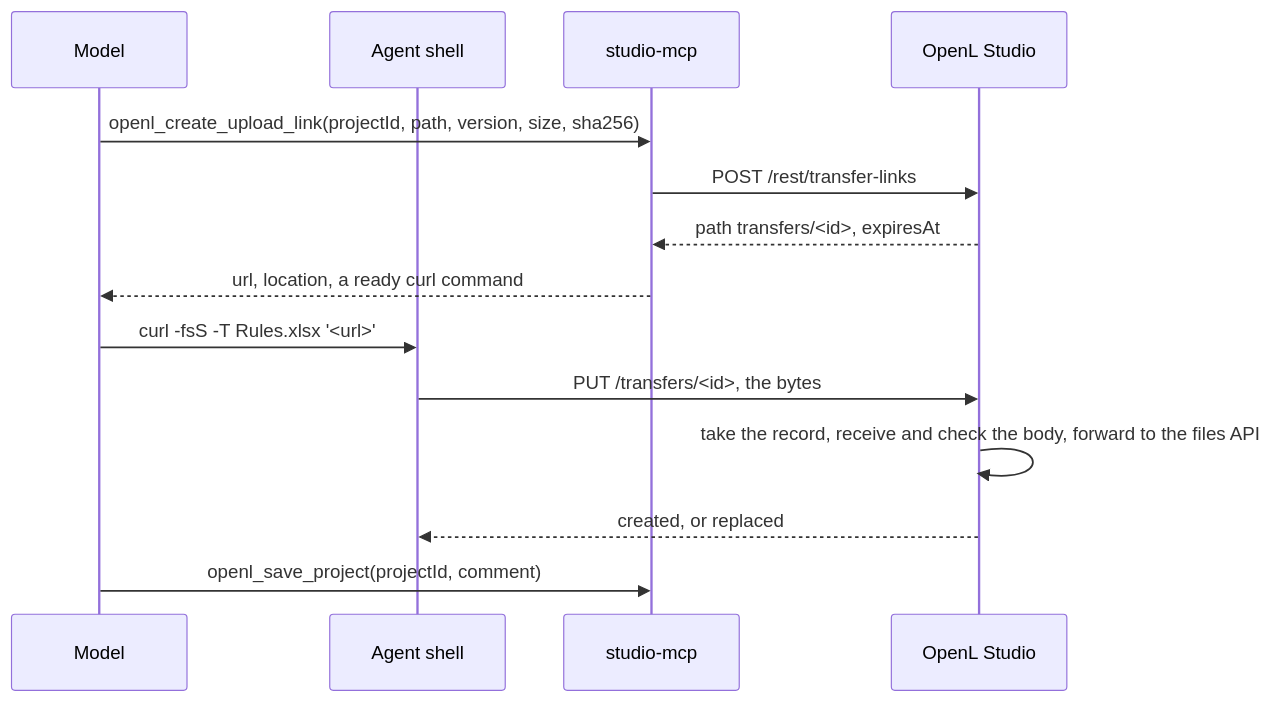
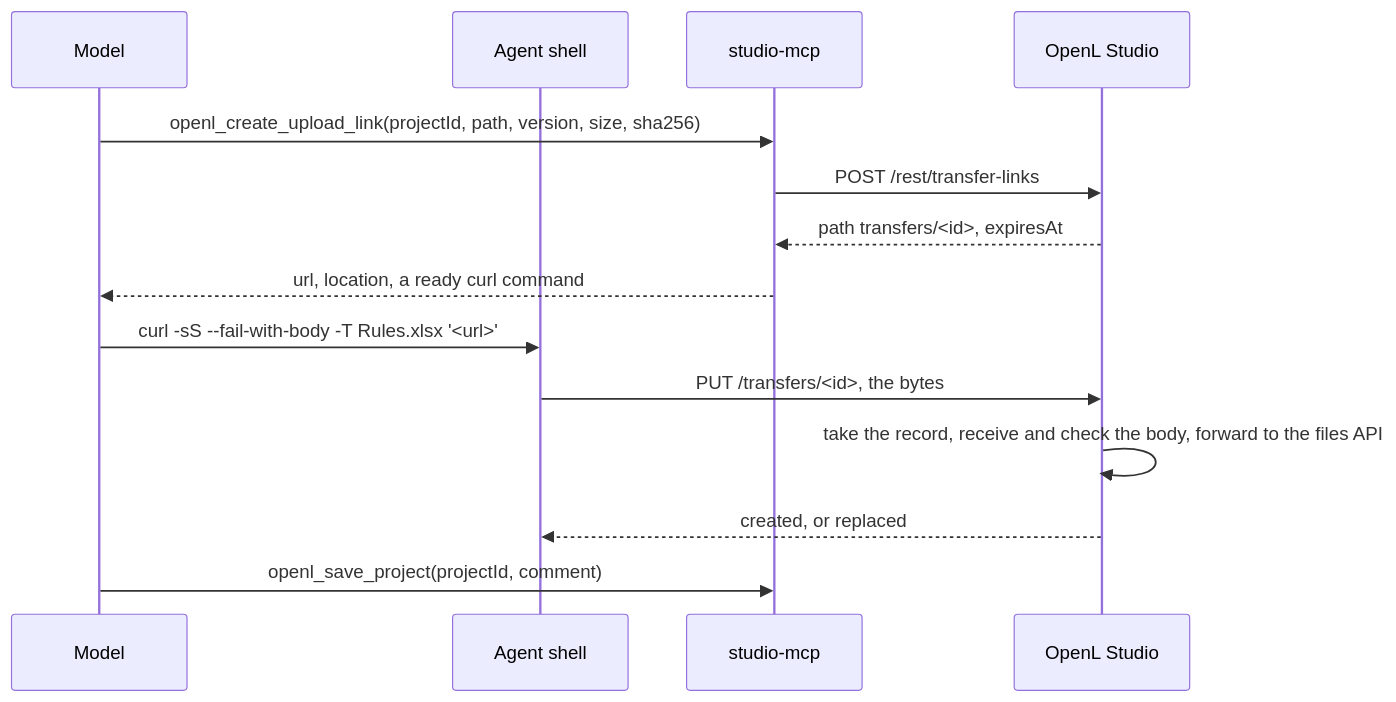
Before and after one commit to openl-tablets/openl-tablets: the second of 2 diagrams in Docs/architecture/mcp-file-transfer.md, drawn with Mermaid. The commit also changed other lines of this file and 4 other files, not shown here.

````diff
--- a/Docs/architecture/mcp-file-transfer.md
+++ b/Docs/architecture/mcp-file-transfer.md
@@ -114,16 +114,16 @@
 ```mermaid
 sequenceDiagram
     participant M as Model
     participant A as Agent shell
     participant N as studio-mcp
     participant S as OpenL Studio
     M->>N: openl_create_upload_link(projectId, path, version, size, sha256)
     N->>S: POST /rest/transfer-links
     S-->>N: path transfers/<id>, expiresAt
     N-->>M: url, location, a ready curl command
-    M->>A: curl -fsS -T Rules.xlsx '<url>'
+    M->>A: curl -sS --fail-with-body -T Rules.xlsx '<url>'
     A->>S: PUT /transfers/<id>, the bytes
     S->>S: take the record, receive and check the body, forward to the files API
     S-->>A: created, or replaced
     M->>N: openl_save_project(projectId, comment)
 ```
````
